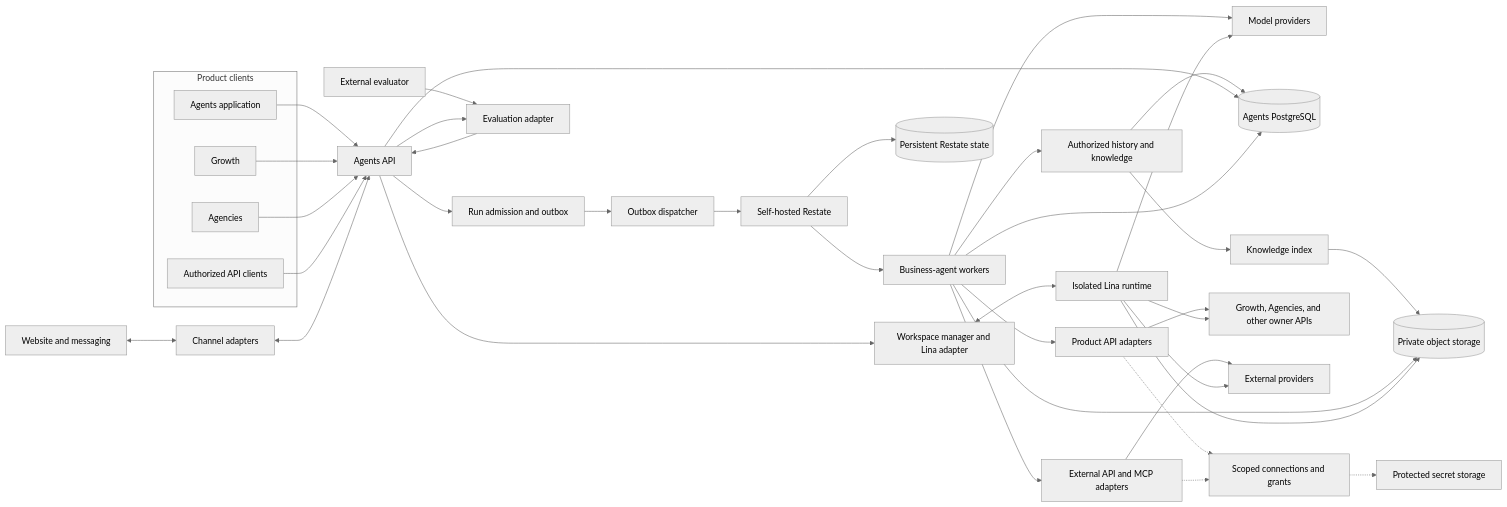
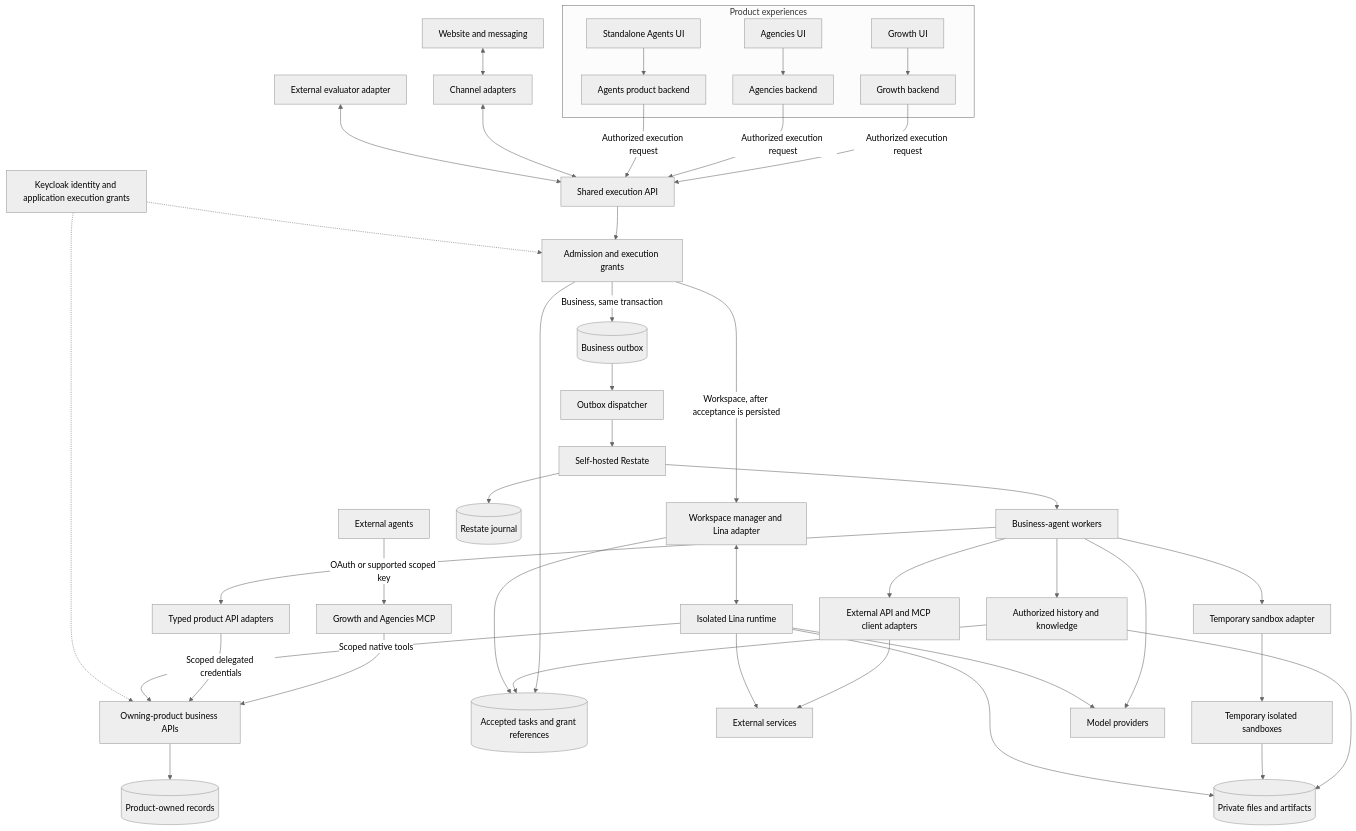
Before and after one commit to iamenochchirima/kastek: the first of 2 diagrams in products/agents/docs/architecture/agent-platform-architecture.md, drawn with Mermaid (neutral theme). The commit also changed other lines of this file and 953 other files, not shown here.

Commit message:
feat(agents): replace legacy runtime with standalone Restate platform

````diff
--- a/products/agents/docs/architecture/agent-platform-architecture.md
+++ b/products/agents/docs/architecture/agent-platform-architecture.md
@@ -24,47 +50,47 @@
 ```mermaid
-flowchart LR
-  subgraph Clients[Product clients]
-    Agents[Agents application]
-    Growth[Growth]
-    Agencies[Agencies]
-    APIClients[Authorized API clients]
+flowchart TB
+  subgraph products[Product experiences]
+    growthUi[Growth UI] --> growthBackend[Growth backend]
+    agenciesUi[Agencies UI] --> agenciesBackend[Agencies backend]
+    agentsUi[Standalone Agents UI] --> agentsBackend[Agents product backend]
   end
-  Channels[Website and messaging] <--> ChannelAdapters[Channel adapters]
-  Agents --> API[Agents API]
-  Growth --> API
-  Agencies --> API
-  APIClients --> API
-  ChannelAdapters <--> API
+  externalAgents[External agents] -->|OAuth or supported scoped key| productMcp[Growth and Agencies MCP]
+  productMcp --> productApis[Owning-product business APIs]
+  productApis --> productData[(Product-owned records)]
+  growthBackend -->|Authorized execution request| executionApi[Shared execution API]
+  agenciesBackend -->|Authorized execution request| executionApi
+  agentsBackend -->|Authorized execution request| executionApi
+  channels[Website and messaging] <--> channelAdapters[Channel adapters]
+  channelAdapters <--> executionApi
 
-  API --> Admission[Run admission and outbox]
-  Admission --> Dispatcher[Outbox dispatcher]
-  Dispatcher --> Restate[Self-hosted Restate]
-  Restate --> Workers[Business-agent workers]
-  Workers --> ModelProviders[Model providers]
-  Workers --> Context[Authorized history and knowledge]
-  Context --> Postgres[(Agents PostgreSQL)]
-  Context --> Knowledge[Knowledge index]
-  Knowledge --> Objects[(Private object storage)]
-  Workers --> ProductAdapters[Product API adapters]
-  Workers --> ExternalAdapters[External API and MCP adapters]
-  ProductAdapters --> ProductAPIs[Growth, Agencies, and other owner APIs]
-  ExternalAdapters --> ExternalSystems[External providers]
-  ProductAdapters -.-> Connections[Scoped connections and grants]
-  ExternalAdapters -.-> Connections
-  Connections -.-> Secrets[Protected secret storage]
-  API --> Postgres
-  Workers --> Postgres
-  Restate --> Journal[(Persistent Restate state)]
-  Workers --> Objects
+  executionApi --> admission[Admission and execution grants]
+  admission --> records[(Accepted tasks and grant references)]
+  admission -->|Business, same transaction| outbox[(Business outbox)]
+  outbox --> dispatcher[Outbox dispatcher]
+  dispatcher --> restate[Self-hosted Restate]
+  restate --> workers[Business-agent workers]
+  workers --> productAdapters[Typed product API adapters]
+  productAdapters -->|Scoped delegated credentials| productApis
+  workers --> externalAdapters[External API and MCP client adapters]
+  externalAdapters --> providers[External services]
+  workers --> context[Authorized history and knowledge]
+  context --> records
+  context --> objects[(Private files and artifacts)]
+  workers --> sandboxAdapter[Temporary sandbox adapter]
+  sandboxAdapter --> sandboxes[Temporary isolated sandboxes]
+  sandboxes --> objects
+  workers --> models[Model providers]
+  restate --> journal[(Restate journal)]
 
-  API --> WorkspaceManager[Workspace manager and Lina adapter]
-  WorkspaceManager <--> Lina[Isolated Lina runtime]
-  Lina --> ModelProviders
-  Lina --> ProductAPIs
-  Lina --> ExternalSystems
-  Lina --> Objects
+  admission -->|Workspace, after acceptance is persisted| workspaceManager[Workspace manager and Lina adapter]
+  workspaceManager --> records
+  workspaceManager <--> lina[Isolated Lina runtime]
+  lina -->|Scoped native tools| productApis
+  lina --> providers
+  lina --> models
+  lina --> objects
 
-  Evaluator[External evaluator] --> EvaluationAdapter[Evaluation adapter]
-  EvaluationAdapter --> API
-  API --> EvaluationAdapter
+  identity[Keycloak identity and application execution grants] -.-> admission
+  identity -.-> productApis
+  evaluator[External evaluator adapter] <--> executionApi
 ```
````
